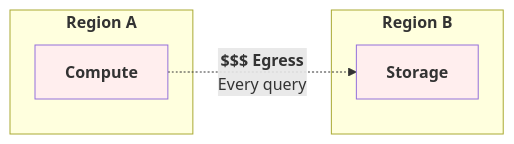
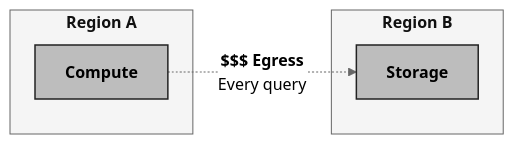
The fifth of 7 diagrams in _topics/modern-containerized-open-data-stack.md (rilov/handbook), drawn with Mermaid before and after one commit. The commit also changed other lines of this file, not shown here.

Commit message:
Update mermaid diagrams to grayscale with larger readable fonts

```diff
--- a/_topics/modern-containerized-open-data-stack.md
+++ b/_topics/modern-containerized-open-data-stack.md
@@ -254,12 +268,15 @@
 <div class="mermaid">
+%%{init: {'theme':'neutral', 'themeVariables': {'fontSize':'16px', 'fontFamily':'Helvetica, Arial, sans-serif'}}}%%
 graph LR
     subgraph R1["<b>Region A</b>"]
         C["<b>Compute</b>"]
     end
     subgraph R2["<b>Region B</b>"]
         S["<b>Storage</b>"]
     end
     C -.->|"<b>$$$ Egress</b><br/>Every query"| S
-    style C fill:#fee
-    style S fill:#fee
+    style C fill:#bdbdbd,stroke:#222,stroke-width:1.5px,color:#000
+    style S fill:#bdbdbd,stroke:#222,stroke-width:1.5px,color:#000
+    style R1 fill:#f5f5f5,stroke:#666,color:#111
+    style R2 fill:#f5f5f5,stroke:#666,color:#111
 </div>
```
